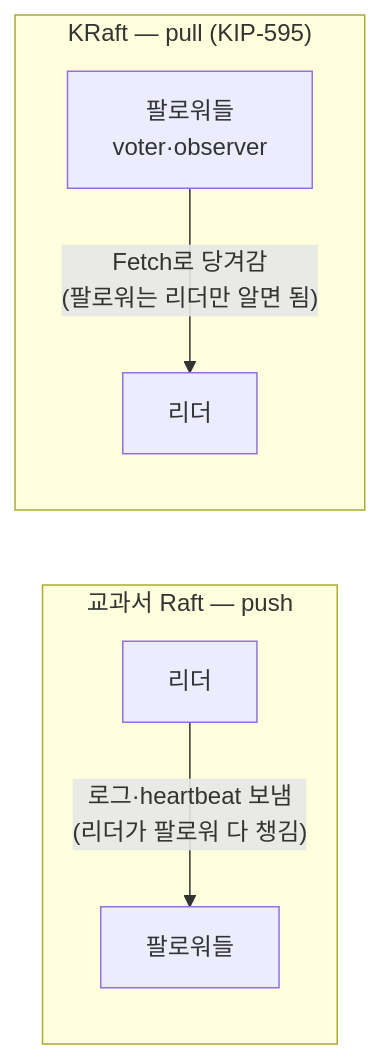
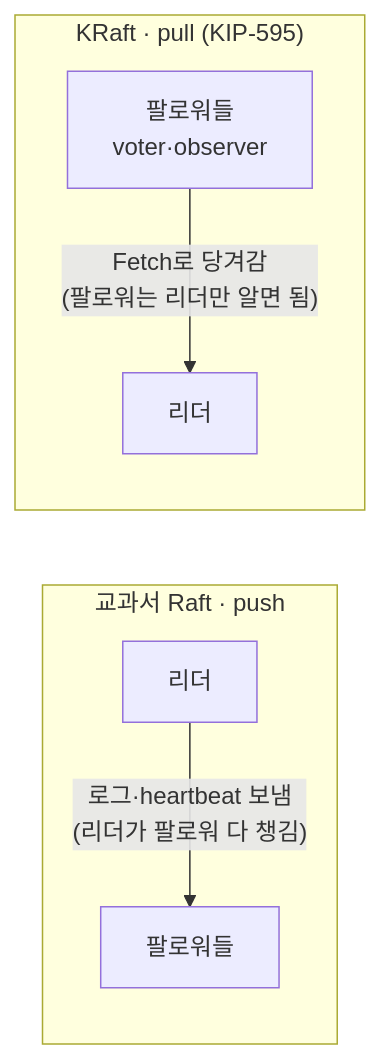
One commit to ghtjr410/kafka-lab changed the third of 6 diagrams in docs/book/1-internals/04-consensus.md. Above: the diagram before and after it, drawn with Mermaid. The commit also changed other lines of this file and 25 other files, not shown here.

````diff
--- a/docs/book/1-internals/04-consensus.md
+++ b/docs/book/1-internals/04-consensus.md
@@ -110,9 +110,9 @@
 ```mermaid
 graph LR
-    subgraph PUSH["교과서 Raft — push"]
+    subgraph PUSH["교과서 Raft · push"]
         LP["리더"] -->|"로그·heartbeat 보냄<br/>(리더가 팔로워 다 챙김)"| FP["팔로워들"]
     end
-    subgraph PULL["KRaft — pull (KIP-595)"]
+    subgraph PULL["KRaft · pull (KIP-595)"]
         FK["팔로워들<br/>voter·observer"] -->|"Fetch로 당겨감<br/>(팔로워는 리더만 알면 됨)"| LK["리더"]
     end
 ```
````
